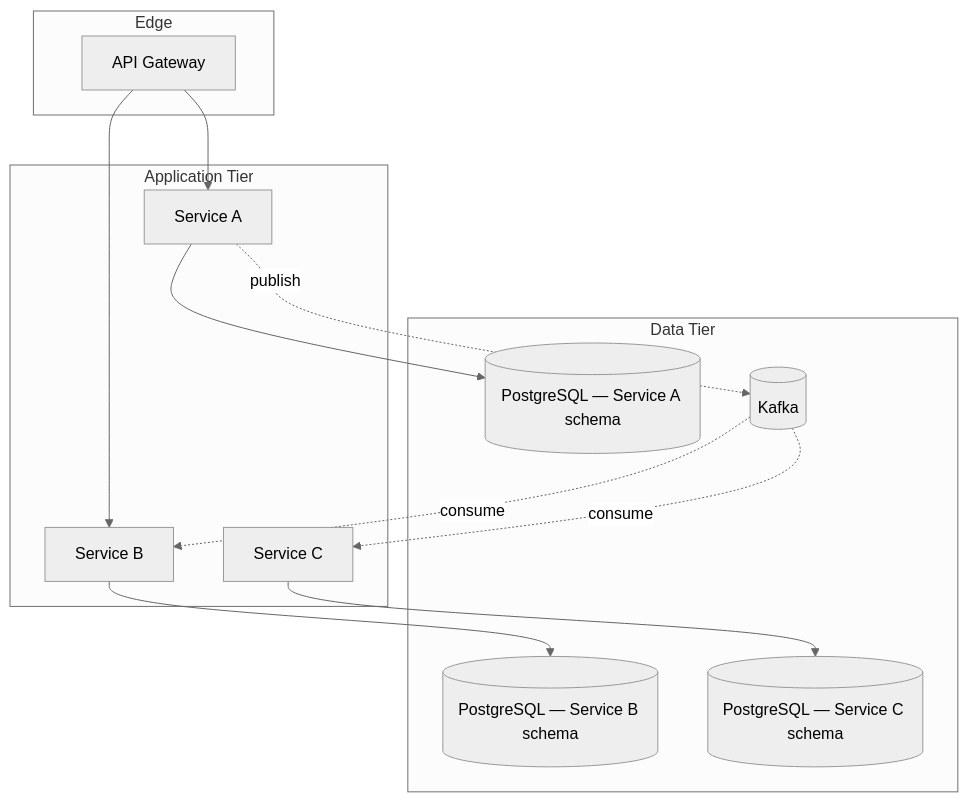
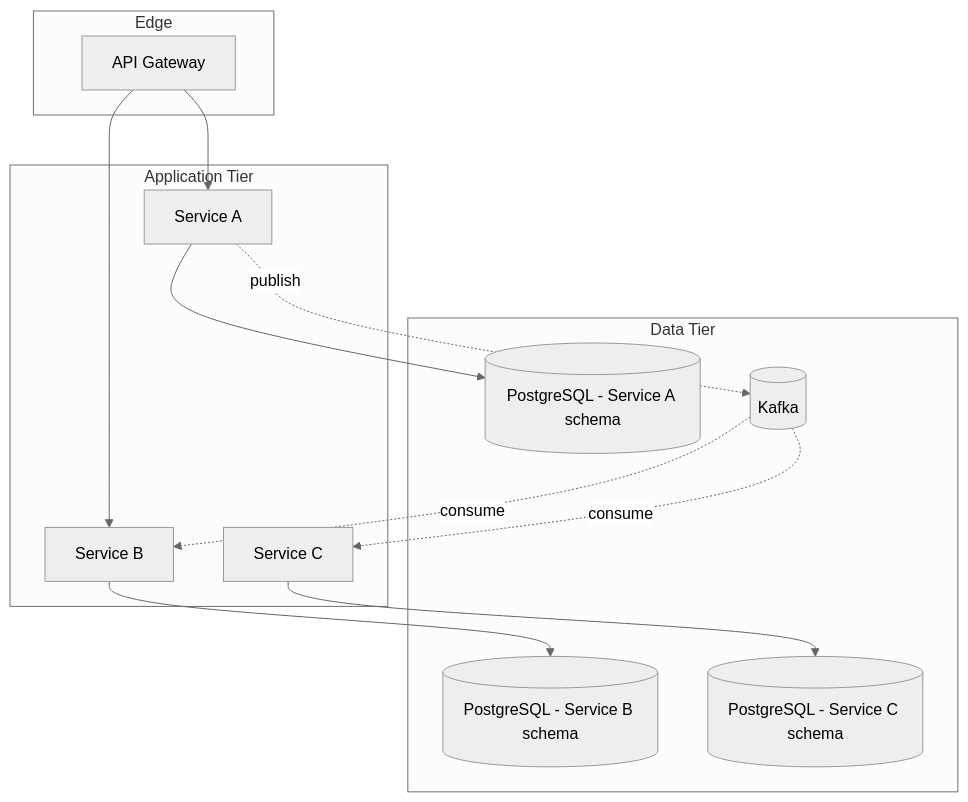
Before and after one commit to mhshahin01/builders-skills: the diagram in lld-unifier/chunks/03-architecture.md, drawn with Mermaid (neutral theme). The commit also changed other lines of this file and 31 other files, not shown here.

````diff
--- a/lld-unifier/chunks/03-architecture.md
+++ b/lld-unifier/chunks/03-architecture.md
@@ -15,28 +15,28 @@
 ```mermaid
 graph TB
   subgraph "Edge"
     GW[API Gateway]
   end
 
   subgraph "Application Tier"
     SVC_A[Service A]
     SVC_B[Service B]
     SVC_C[Service C]
   end
 
   subgraph "Data Tier"
-    DB_A[(PostgreSQL — Service A schema)]
-    DB_B[(PostgreSQL — Service B schema)]
-    DB_C[(PostgreSQL — Service C schema)]
+    DB_A[(PostgreSQL - Service A schema)]
+    DB_B[(PostgreSQL - Service B schema)]
+    DB_C[(PostgreSQL - Service C schema)]
     KAFKA[(Kafka)]
   end
 
   GW --> SVC_A
   GW --> SVC_B
   SVC_A --> DB_A
   SVC_B --> DB_B
   SVC_C --> DB_C
   SVC_A -.->|publish| KAFKA
   KAFKA -.->|consume| SVC_B
   KAFKA -.->|consume| SVC_C
 ```
````
